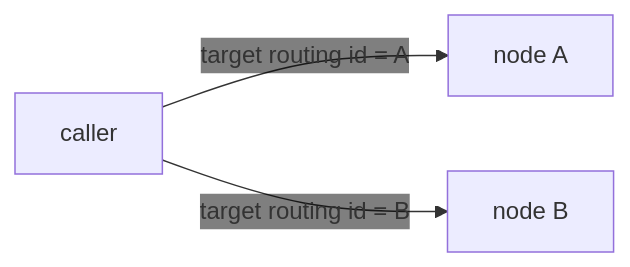
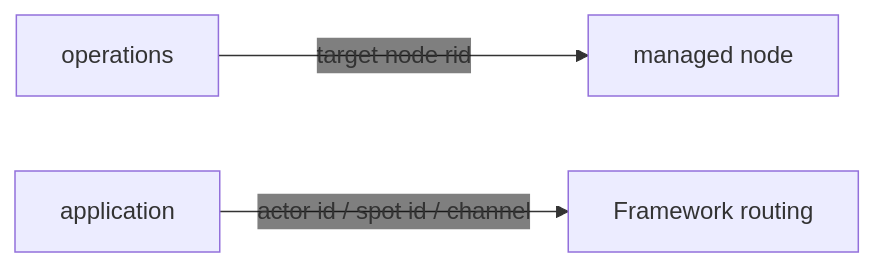
One commit to kairos-code-dev/zlink changed the seventh of 7 diagrams in framework/doc/framework/dotnet/guide/05-channel-messaging.ko.md. Above: the diagram before and after it, drawn with Mermaid. The commit also changed other lines of this file and 1160 other files, not shown here.

````diff
--- a/framework/doc/framework/dotnet/guide/05-channel-messaging.ko.md
+++ b/framework/doc/framework/dotnet/guide/05-channel-messaging.ko.md
@@ -784,6 +767,6 @@
 ```mermaid
 %%{init: {'themeVariables': {'edgeLabelBackground':'transparent'}}}%%
 graph LR
-    C["caller"] -->|"target routing id = A"| A["node A"]
-    C -->|"target routing id = B"| B["node B"]
+    O["operations"] -->|"target node rid"| N["managed node"]
+    A["application"] -->|"actor id / spot id / channel"| F["Framework routing"]
 ```
````
